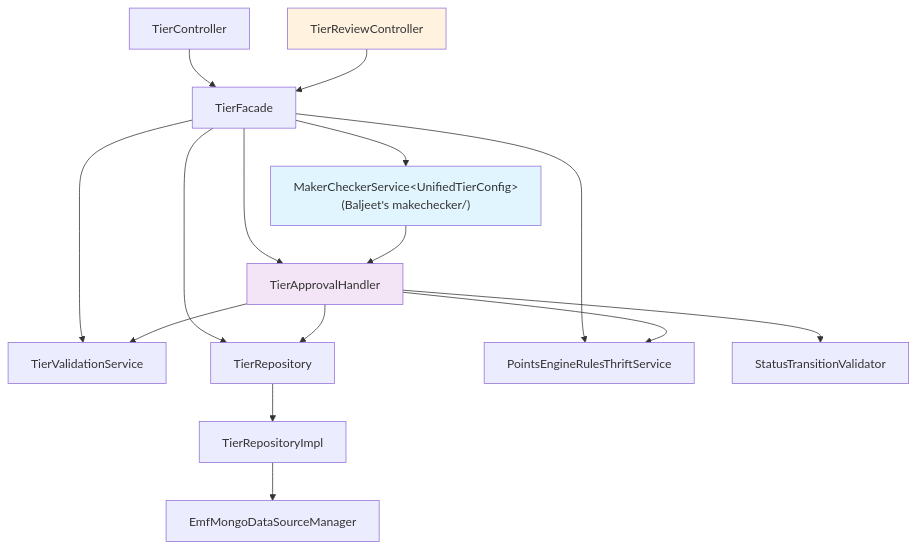
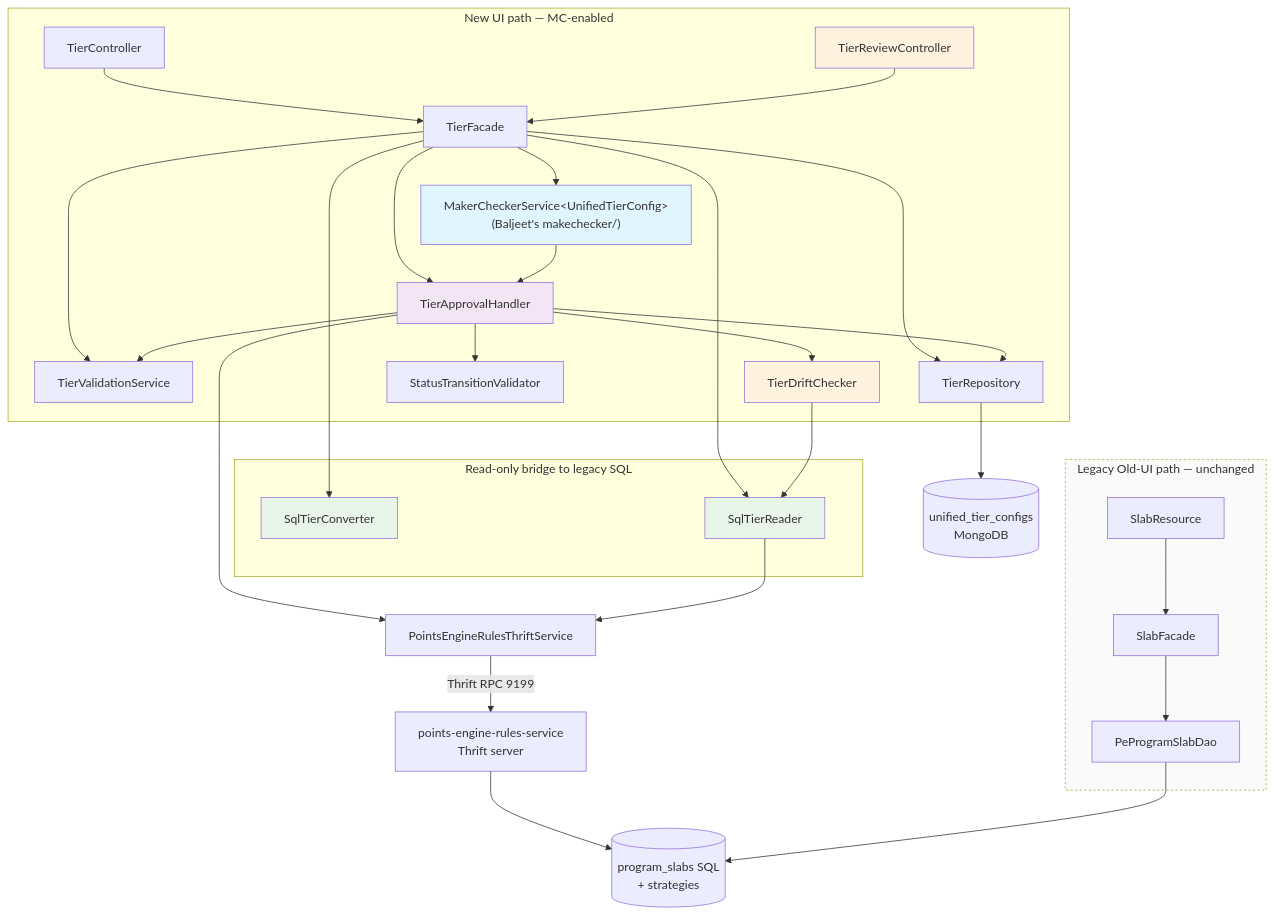
The diagram in docs/pipeline/tier/03-designer.md (BaljeetSinghCapillaryTech/kalpavriksha), drawn with Mermaid before and after one commit. The commit also changed other lines of this file, not shown here.

First line of the commit message:
raidlc/ai_tier: Rework #5 cascade — Designer LLD (step 4/8)

````diff
--- a/docs/pipeline/tier/03-designer.md
+++ b/docs/pipeline/tier/03-designer.md
@@ -533,23 +1062,64 @@
 ```mermaid
 graph TD
-    TC[TierController] --> TF[TierFacade]
-    TRC[TierReviewController] --> TF
-    TF --> TVS[TierValidationService]
-    TF --> TR[TierRepository]
-    TF --> MCS["MakerCheckerService&lt;UnifiedTierConfig&gt;<br/>(Baljeet's makechecker/)"]
-    TF --> TAH[TierApprovalHandler]
-    TF --> PERTS[PointsEngineRulesThriftService]
-    
+    subgraph NEW_UI_path [New UI path — MC-enabled]
+        TC[TierController]
+        TRC[TierReviewController]
+        TF[TierFacade]
+        TVS[TierValidationService]
+        TR[TierRepository]
+        MCS["MakerCheckerService&lt;UnifiedTierConfig&gt;<br/>(Baljeet's makechecker/)"]
+        TAH[TierApprovalHandler]
+        TDC[TierDriftChecker]
+        STV[StatusTransitionValidator]
+    end
+
+    subgraph READ_ONLY_bridge [Read-only bridge to legacy SQL]
+        STC[SqlTierConverter]
+        STRR[SqlTierReader]
+    end
+
+    subgraph LEGACY_path [Legacy Old-UI path — unchanged]
+        SR[SlabResource]
+        SF[SlabFacade]
+        PSDAO[PeProgramSlabDao]
+    end
+
+    PERTS[PointsEngineRulesThriftService]
+    PERS[points-engine-rules-service<br/>Thrift server]
+    PS[(program_slabs SQL<br/>+ strategies)]
+    MONGO[(unified_tier_configs<br/>MongoDB)]
+
+    %% New UI write + unified read
+    TC --> TF
+    TRC --> TF
+    TF --> TVS
+    TF --> TR
+    TF --> MCS
+    TF --> TAH
+    TF --> STC
+    TF --> STRR
     MCS --> TAH
     TAH --> PERTS
     TAH --> TR
     TAH --> TVS
-    TAH --> STV[StatusTransitionValidator]
-    
-    TR --> TRI[TierRepositoryImpl]
-    TRI --> EMDS[EmfMongoDataSourceManager]
+    TAH --> STV
+    TAH --> TDC
+    TDC --> STRR
+    STRR --> PERTS
+    PERTS -->|Thrift RPC 9199| PERS
+    PERS --> PS
+    TR --> MONGO
+
+    %% Legacy write (untouched by this pipeline)
+    SR --> SF
+    SF --> PSDAO
+    PSDAO --> PS
 
     style MCS fill:#e1f5ff
     style TAH fill:#f3e5f5
     style TRC fill:#fff3e0
+    style TDC fill:#fff3e0
+    style STC fill:#e8f5e9
+    style STRR fill:#e8f5e9
+    style LEGACY_path fill:#fafafa,stroke-dasharray: 3 3
 ```
````
